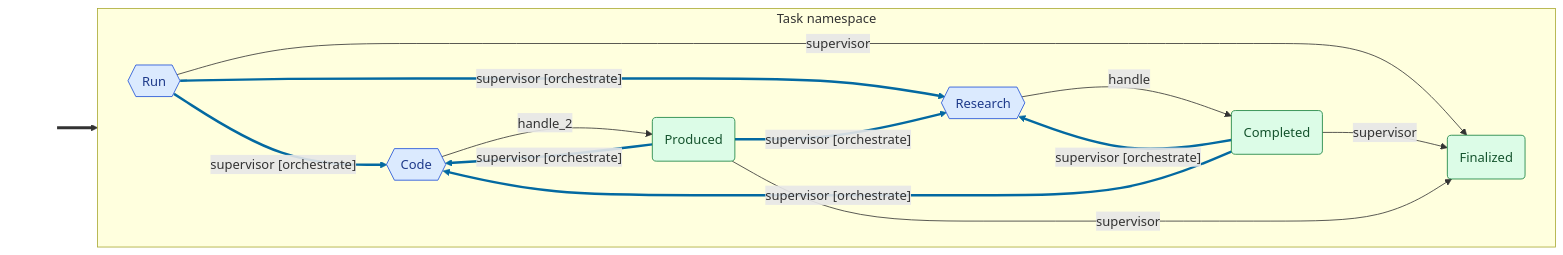
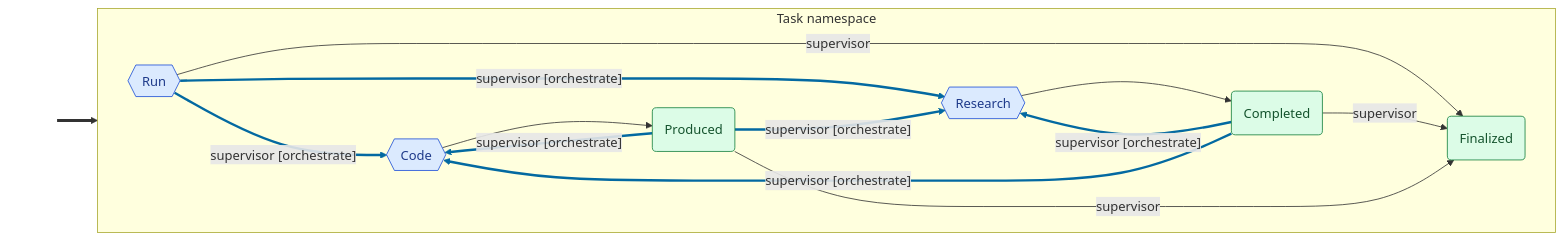
The second of 2 diagrams in examples/supervisor.graph.md (cadance-io/langgraph-events), drawn with Mermaid before and after one commit. The commit also changed other lines of this file and 17 other files, not shown here.

````diff
--- a/examples/supervisor.graph.md
+++ b/examples/supervisor.graph.md
@@ -48,33 +48,33 @@
 ```mermaid
 graph LR
     classDef entry fill:none,stroke:none,color:none
     classDef cmd fill:#dbeafe,stroke:#1d4ed8,color:#1e3a8a
     classDef devt fill:#dcfce7,stroke:#15803d,color:#14532d
     classDef intg fill:#ede9fe,stroke:#6d28d9,color:#4c1d95
     classDef syst fill:#fef3c7,stroke:#b45309,color:#78350f
     classDef halt fill:#fef3c7,stroke:#b45309,color:#78350f,stroke-width:3px,stroke-dasharray:4 2
     classDef inv fill:#ffedd5,stroke:#c2410c,color:#7c2d12
     subgraph Task["Task namespace"]
         direction LR
         Code{{Code}}:::cmd
         Completed(Completed):::devt
         Finalized(Finalized):::devt
         Produced(Produced):::devt
         Research{{Research}}:::cmd
         Run{{Run}}:::cmd
     end
     _e0_[ ]:::entry ==> Run
     Run -->|"supervisor [orchestrate]"| Research
     Run -->|"supervisor [orchestrate]"| Code
     Run -->|supervisor| Finalized
     Completed -->|"supervisor [orchestrate]"| Research
     Completed -->|"supervisor [orchestrate]"| Code
     Completed -->|supervisor| Finalized
     Produced -->|"supervisor [orchestrate]"| Research
     Produced -->|"supervisor [orchestrate]"| Code
     Produced -->|supervisor| Finalized
-    Research -->|handle| Completed
-    Code -->|handle_2| Produced
+    Research --> Completed
+    Code --> Produced
 %% Side-effect handlers: audit_trail (Auditable)
     linkStyle 1,2,4,5,7,8 stroke:#0369a1,stroke-width:3px
 ```
````
